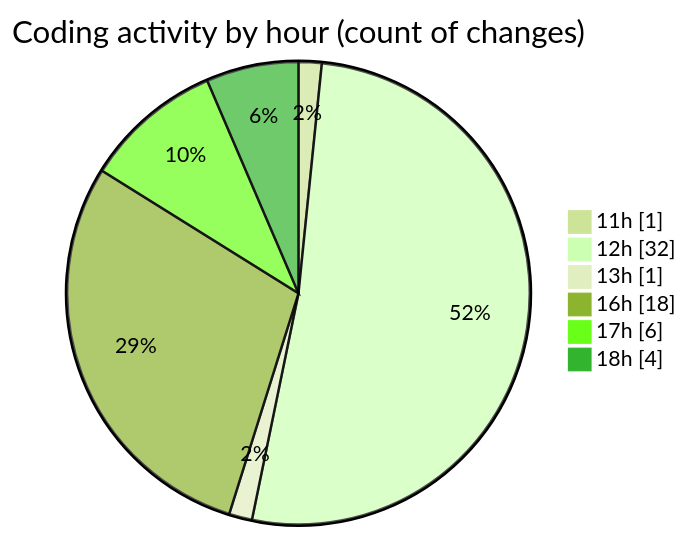
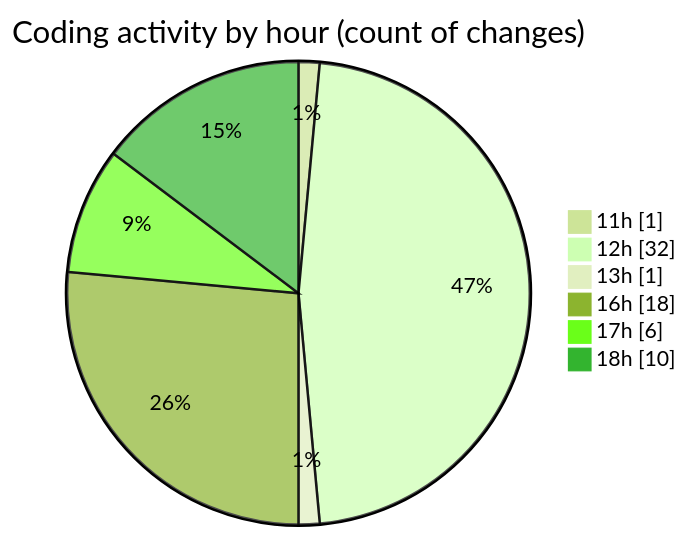
The second of 2 diagrams in 2025-09-01/nxtqube_webapp/README.md (nxtqubesakshisongat/code-tracking), drawn with Mermaid (forest theme) before and after one commit. The commit also changed other lines of this file and 1 other file, not shown here.

````diff
--- a/2025-09-01/nxtqube_webapp/README.md
+++ b/2025-09-01/nxtqube_webapp/README.md
@@ -34,10 +34,10 @@
 ```mermaid
 pie showData
 title Coding activity by hour (count of changes)
 "11h" : 1
 "12h" : 32
 "13h" : 1
 "16h" : 18
 "17h" : 6
-"18h" : 4
+"18h" : 10
 ```
````
